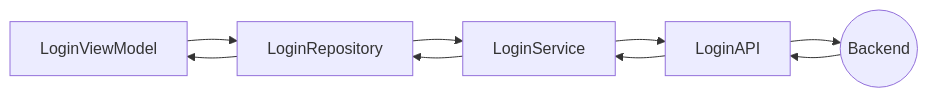
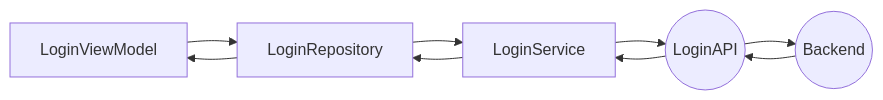
One commit to dovahkrid/tdd_docs changed the second of 7 diagrams in BrightSocial/topics/test-development.md. Above: the diagram before and after it, drawn with Mermaid. The commit also changed other lines of this file and 2 other files, not shown here.

````diff
--- a/BrightSocial/topics/test-development.md
+++ b/BrightSocial/topics/test-development.md
@@ -139,10 +141,10 @@
 ```mermaid
 flowchart LR
-  2["`LoginViewModel`"]
-  3["`LoginRepository`"]
-  4["`LoginService`"]
-  5["`LoginAPI`"]
-  6(("`Backend`"))
-  2 -->  3 -->  4 -->  5 -->  6
-  6 -->  5 -->  4 -->  3 -->  2
+    2["`LoginViewModel`"]
+    3["`LoginRepository`"]
+    4["`LoginService`"]
+    5(("`LoginAPI`"))
+    6(("`Backend`"))
+    2 --> 3 --> 4 --> 5 --> 6
+    6 --> 5 --> 4 --> 3 --> 2
 ```
````
